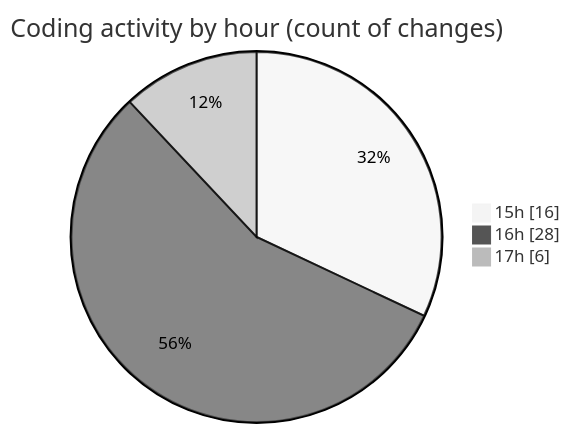
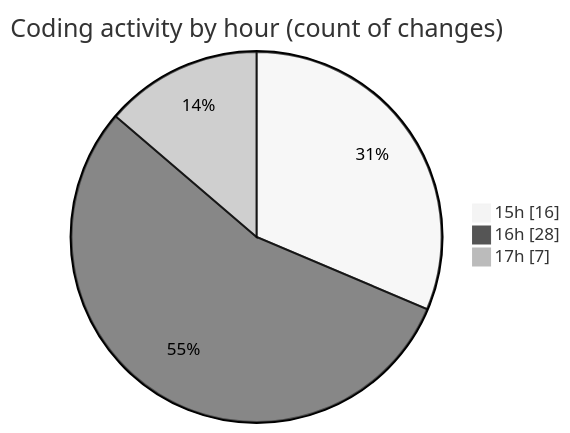
The second of 2 diagrams in 2025-10-01/oura-api/README.md (mevix1/code-tracking), drawn with Mermaid (neutral theme) before and after one commit. The commit also changed other lines of this file and 1 other file, not shown here.

````diff
--- a/2025-10-01/oura-api/README.md
+++ b/2025-10-01/oura-api/README.md
@@ -63,7 +63,7 @@
 ```mermaid
 pie showData
 title Coding activity by hour (count of changes)
 "15h" : 16
 "16h" : 28
-"17h" : 6
+"17h" : 7
 ```
````
